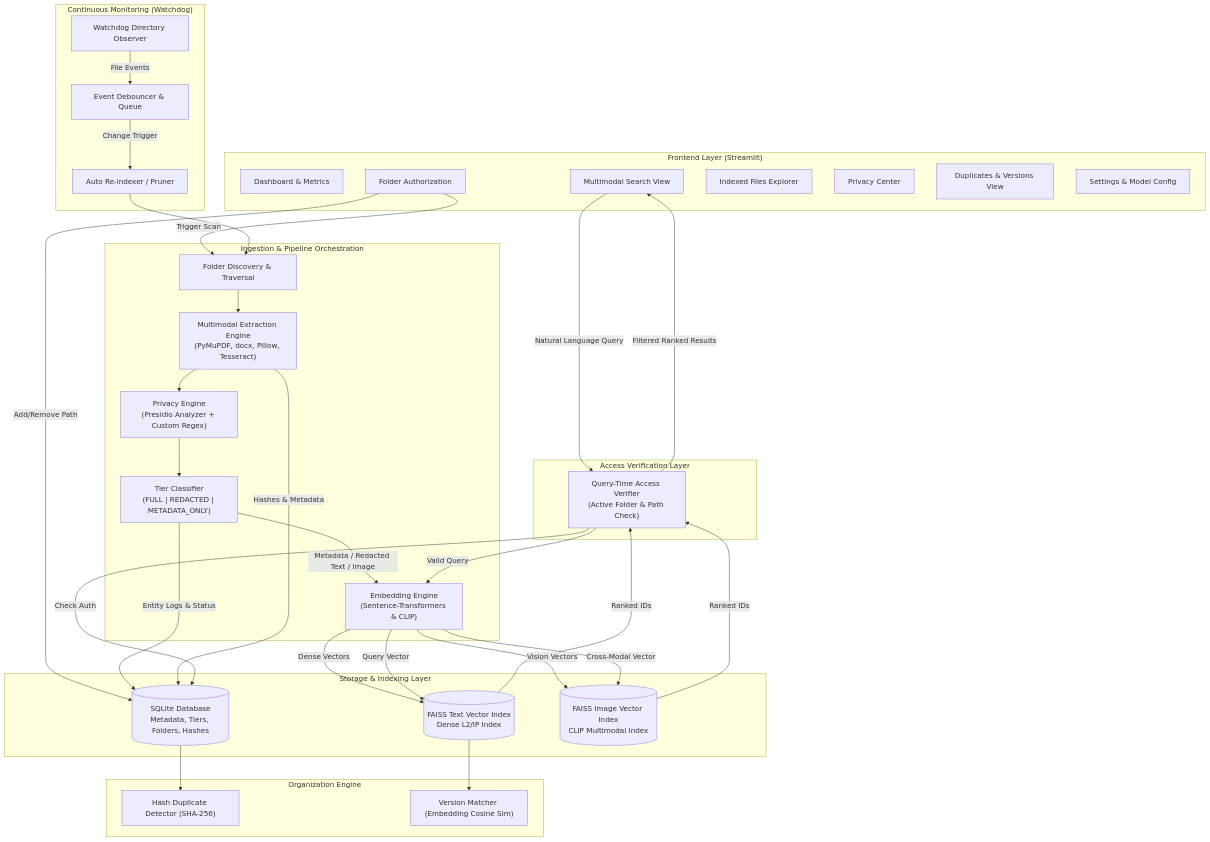
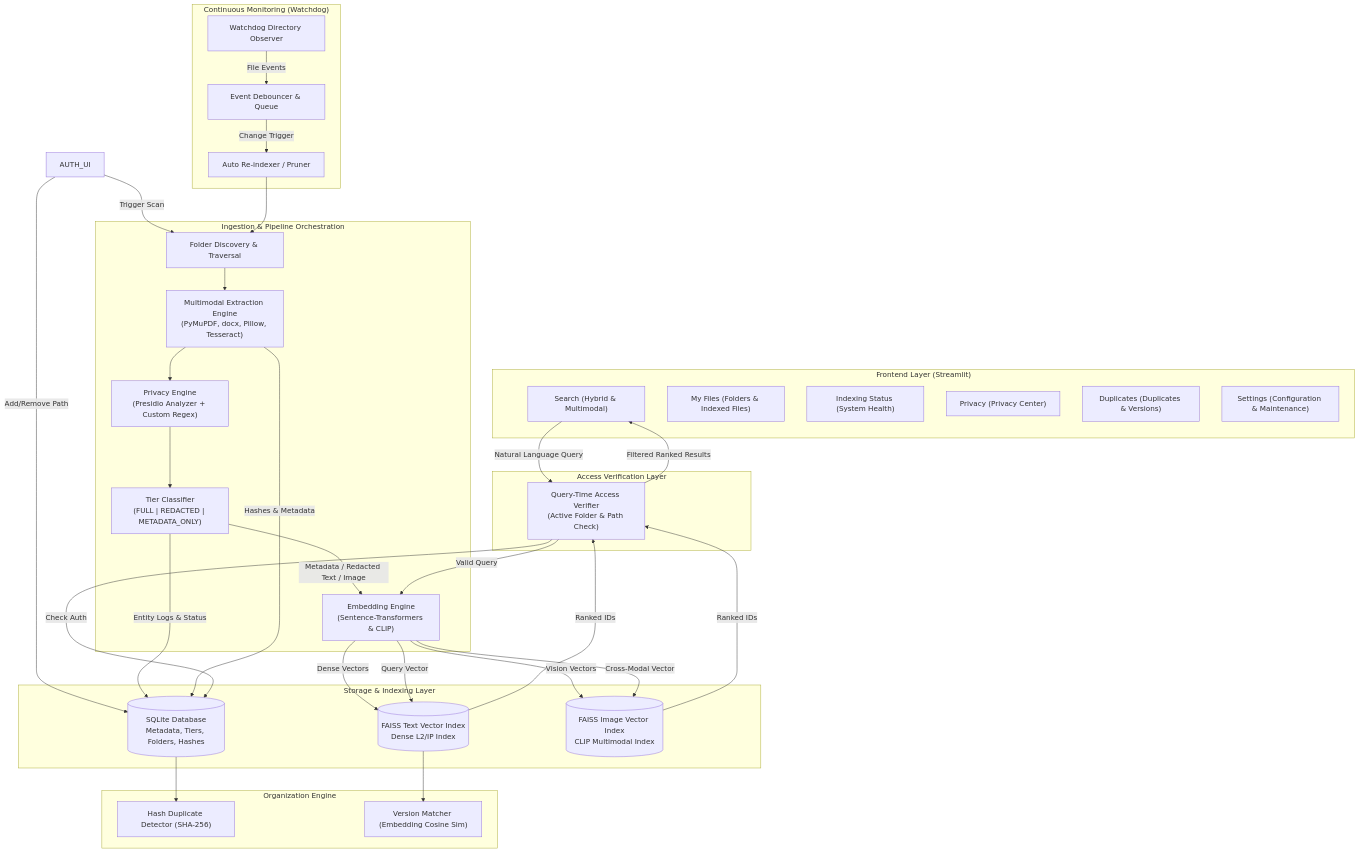
Before and after one commit to bhoomibatra/SeekVault: the diagram in SeekVault Prototype/ARCHITECTURE.md, drawn with Mermaid. The commit also changed other lines of this file and 36 other files, not shown here.

````diff
--- a/SeekVault Prototype/ARCHITECTURE.md
+++ b/SeekVault Prototype/ARCHITECTURE.md
@@ -21,66 +21,65 @@
 ```mermaid
 flowchart TB
     subgraph UI ["Frontend Layer (Streamlit)"]
-        DASH["Dashboard & Metrics"]
-        SEARCH["Multimodal Search View"]
-        AUTH_UI["Folder Authorization"]
-        FILES_UI["Indexed Files Explorer"]
-        PRIV_UI["Privacy Center"]
-        DUP_UI["Duplicates & Versions View"]
-        SETT["Settings & Model Config"]
+        SEARCH["Search (Hybrid & Multimodal)"]
+        FILES_UI["My Files (Folders & Indexed Files)"]
+        STATUS_UI["Indexing Status (System Health)"]
+        PRIV_UI["Privacy (Privacy Center)"]
+        DUP_UI["Duplicates (Duplicates & Versions)"]
+        SETT["Settings (Configuration & Maintenance)"]
     end
 
     subgraph INGESTION ["Ingestion & Pipeline Orchestration"]
         DISC["Folder Discovery & Traversal"]
         EXTRACT["Multimodal Extraction Engine\n(PyMuPDF, docx, Pillow, Tesseract)"]
         PRIV["Privacy Engine\n(Presidio Analyzer + Custom Regex)"]
         CLASS["Tier Classifier\n(FULL | REDACTED | METADATA_ONLY)"]
         EMBED["Embedding Engine\n(Sentence-Transformers & CLIP)"]
     end
 
     subgraph STORAGE ["Storage & Indexing Layer"]
         SQL[(SQLite Database\nMetadata, Tiers, Folders, Hashes)]
         FAISS_TXT[(FAISS Text Vector Index\nDense L2/IP Index)]
         FAISS_IMG[(FAISS Image Vector Index\nCLIP Multimodal Index)]
     end
 
     subgraph BACKGROUND ["Continuous Monitoring (Watchdog)"]
         OBS["Watchdog Directory Observer"]
         DEBOUNCE["Event Debouncer & Queue"]
         SYNC["Auto Re-indexer / Pruner"]
     end
 
     subgraph ORG ["Organization Engine"]
         DUP["Hash Duplicate Detector (SHA-256)"]
         VER["Version Matcher (Embedding Cosine Sim)"]
     end
 
     subgraph ACCESS ["Access Verification Layer"]
         VERIFY["Query-Time Access Verifier\n(Active Folder & Path Check)"]
     end
 
     AUTH_UI -->|Add/Remove Path| SQL
     AUTH_UI -->|Trigger Scan| DISC
     OBS -->|File Events| DEBOUNCE
     DEBOUNCE -->|Change Trigger| SYNC
     SYNC --> DISC
 
     DISC --> EXTRACT
     EXTRACT --> PRIV
     PRIV --> CLASS
     CLASS -->|Metadata / Redacted Text / Image| EMBED
     CLASS -->|Entity Logs & Status| SQL
     EMBED -->|Dense Vectors| FAISS_TXT
     EMBED -->|Vision Vectors| FAISS_IMG
     EXTRACT -->|Hashes & Metadata| SQL
     SQL --> DUP
     FAISS_TXT --> VER
 
     SEARCH -->|Natural Language Query| VERIFY
     VERIFY -->|Check Auth| SQL
     VERIFY -->|Valid Query| EMBED
     EMBED -->|Query Vector| FAISS_TXT
     EMBED -->|Cross-Modal Vector| FAISS_IMG
     FAISS_TXT & FAISS_IMG -->|Ranked IDs| VERIFY
     VERIFY -->|Filtered Ranked Results| SEARCH
 ```
````
